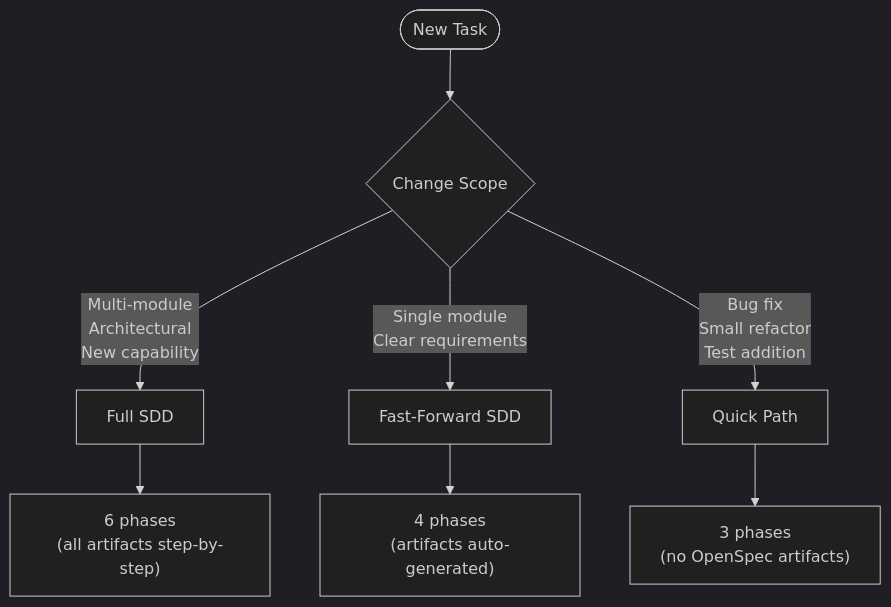
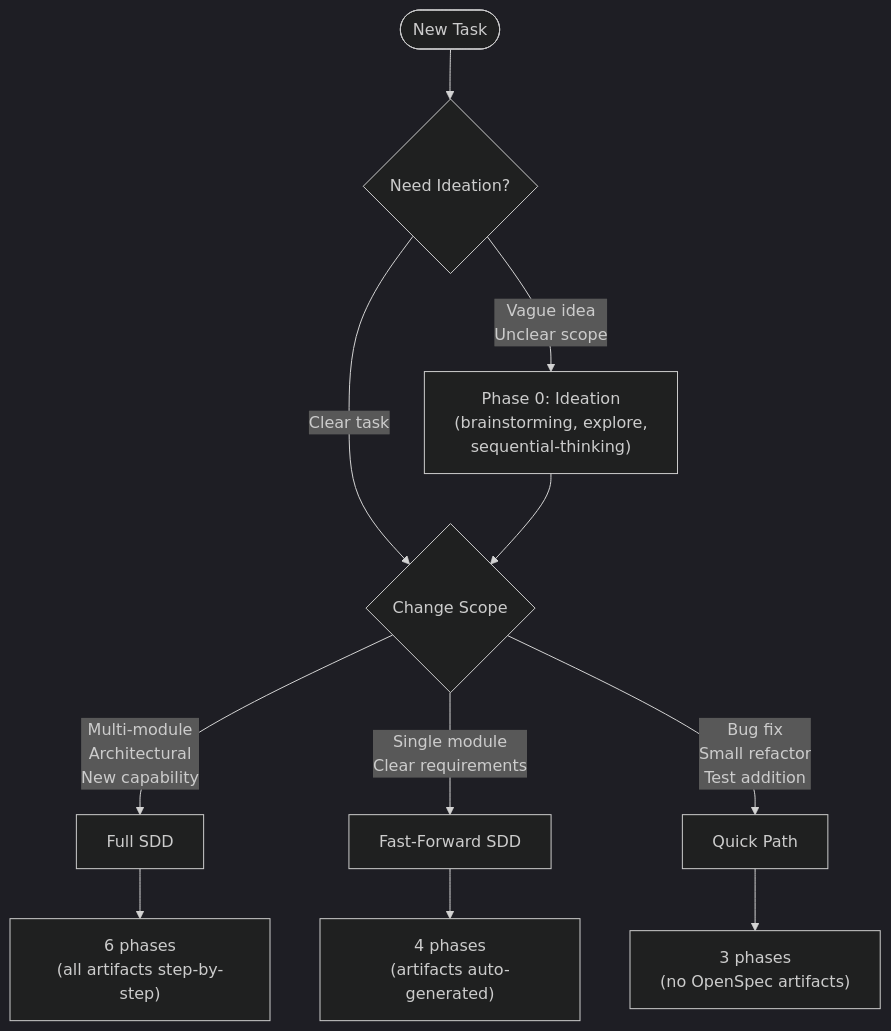
The first of 5 diagrams in rv-android/docs/WORKFLOW.md (PAMunb/rvsec), drawn with Mermaid (dark theme) before and after one commit. The commit also changed other lines of this file and 8 other files, not shown here.

````diff
--- a/rv-android/docs/WORKFLOW.md
+++ b/rv-android/docs/WORKFLOW.md
@@ -17,11 +62,15 @@
 ```mermaid
 flowchart TD
-    START([New Task]) --> ASSESS{Change Scope}
+    START([New Task]) --> P0{Need Ideation?}
+    P0 -->|"Vague idea\nUnclear scope"| IDEATE["Phase 0: Ideation\n(brainstorming, explore,\nsequential-thinking)"]
+    P0 -->|"Clear task"| ASSESS
+
+    IDEATE --> ASSESS{Change Scope}
     ASSESS -->|"Multi-module\nArchitectural\nNew capability"| FULL[Full SDD]
     ASSESS -->|"Single module\nClear requirements"| FAST[Fast-Forward SDD]
     ASSESS -->|"Bug fix\nSmall refactor\nTest addition"| QUICK[Quick Path]
 
     FULL --> F_FLOW["6 phases\n(all artifacts step-by-step)"]
     FAST --> FF_FLOW["4 phases\n(artifacts auto-generated)"]
     QUICK --> Q_FLOW["3 phases\n(no OpenSpec artifacts)"]
 ```
````
